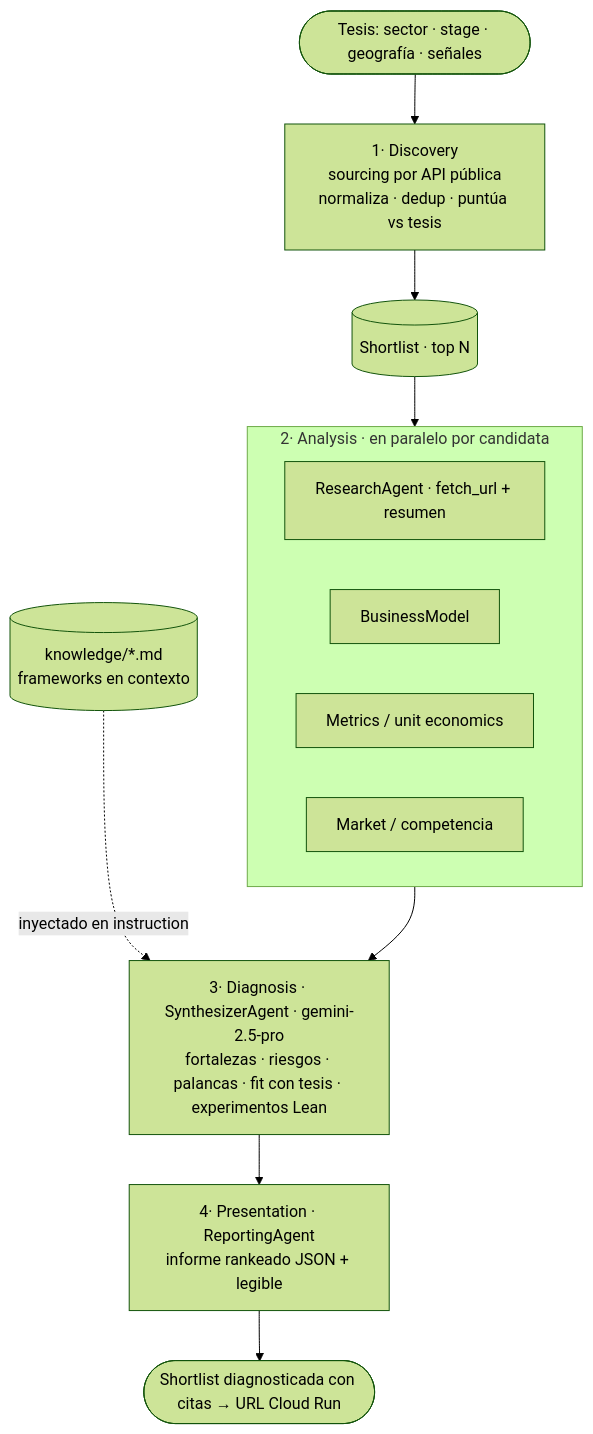
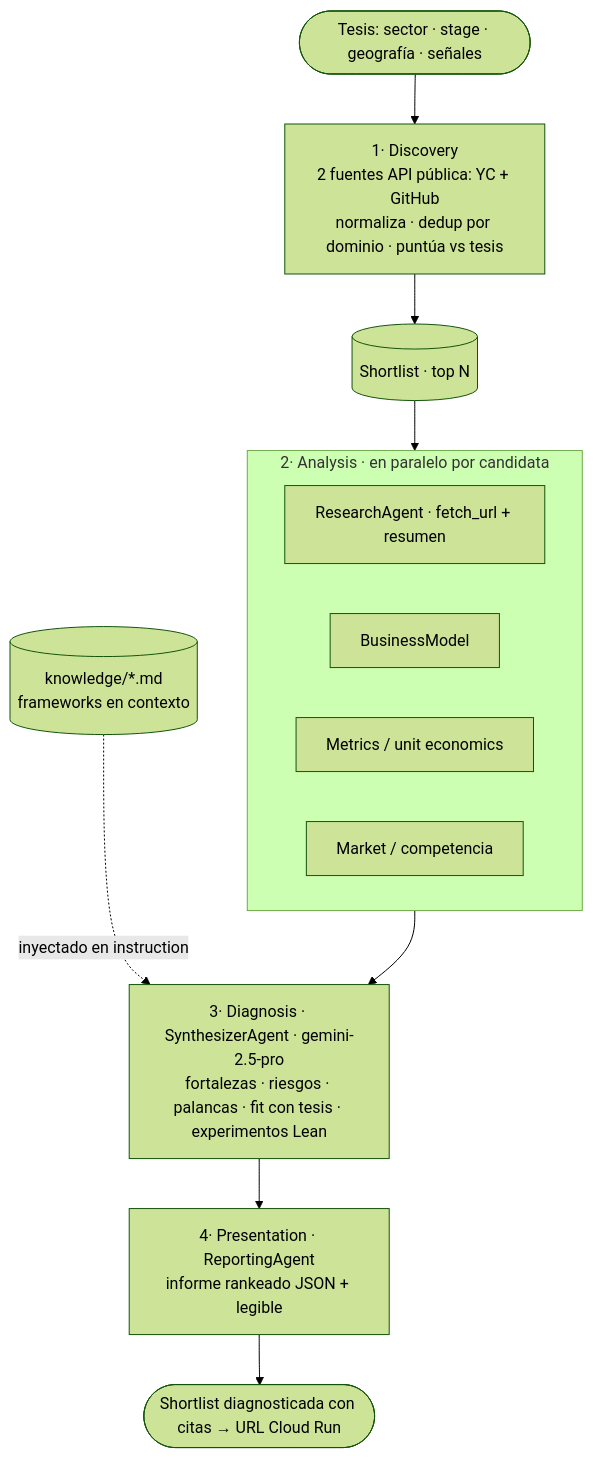
One commit to brunodpl/startups-agents-gcp changed the diagram in README.md. Above: the diagram before and after it, drawn with Mermaid (forest theme). The commit also changed other lines of this file and 1 other file, not shown here.

Commit message:
docs(F5): update README + architecture for F2-F5 (pipeline, 2 sources, evals)

````diff
--- a/README.md
+++ b/README.md
@@ -38,16 +39,16 @@
 ```mermaid
 flowchart TD
     TH([Tesis: sector · stage · geografía · señales]) --> DISC
-    DISC[1· Discovery<br/>sourcing por API pública<br/>normaliza · dedup · puntúa vs tesis] --> SL[(Shortlist · top N)]
+    DISC[1· Discovery<br/>2 fuentes API pública: YC + GitHub<br/>normaliza · dedup por dominio · puntúa vs tesis] --> SL[(Shortlist · top N)]
     SL --> ANA
     subgraph ANA[2· Analysis · en paralelo por candidata]
       RES[ResearchAgent · fetch_url + resumen]
       BM[BusinessModel]
       MET[Metrics / unit economics]
       MK[Market / competencia]
     end
     ANA --> DIAG[3· Diagnosis · SynthesizerAgent · gemini-2.5-pro<br/>fortalezas · riesgos · palancas · fit con tesis · experimentos Lean]
     KN[(knowledge/*.md<br/>frameworks en contexto)] -. inyectado en instruction .-> DIAG
     DIAG --> REP[4· Presentation · ReportingAgent<br/>informe rankeado JSON + legible]
     REP --> OUT([Shortlist diagnosticada con citas → URL Cloud Run])
 ```
````
